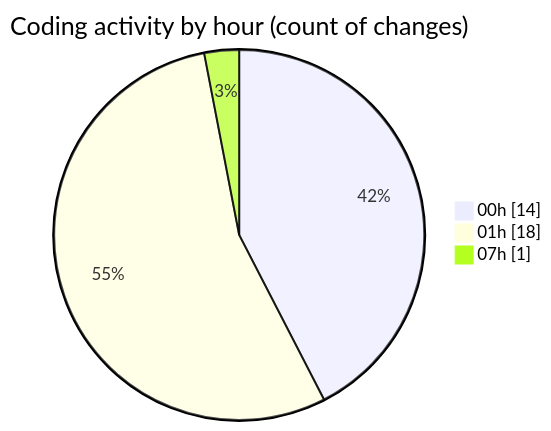
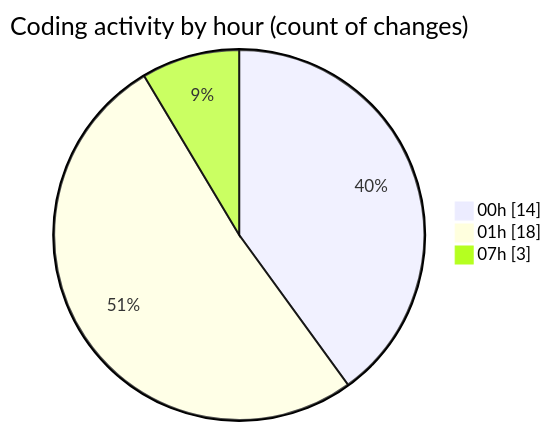
Before and after one commit to idhammustaqopulfikri/code-tracking: the second of 2 diagrams in 2025-06-23/studio-backend/README.md, drawn with Mermaid. The commit also changed other lines of this file and 1 other file, not shown here.

````diff
--- a/2025-06-23/studio-backend/README.md
+++ b/2025-06-23/studio-backend/README.md
@@ -29,7 +29,7 @@
 ```mermaid
 pie showData
 title Coding activity by hour (count of changes)
 "00h" : 14
 "01h" : 18
-"07h" : 1
+"07h" : 3
 ```
````
